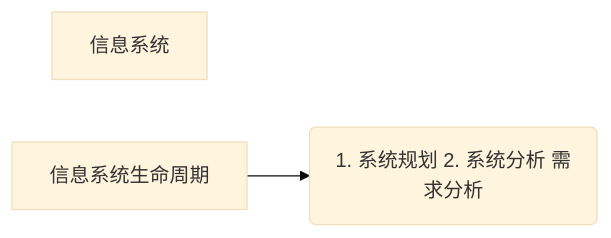
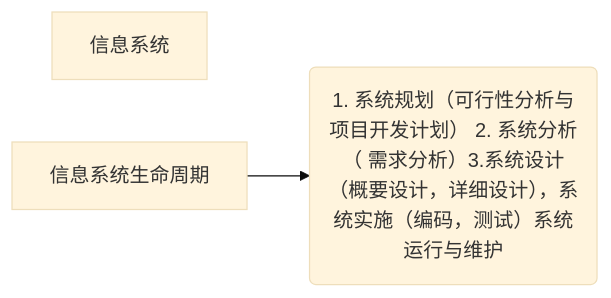
The first of 4 diagrams in 信息化发展.md (bigdataOrfrontEnd/ruankao.github.io), drawn with Mermaid (base theme) before and after one commit. The commit also changed other lines of this file, not shown here.

````diff
--- a/信息化发展.md
+++ b/信息化发展.md
@@ -41,8 +41,8 @@
 ```mermaid
 graph LR
 F[信息系统]
 A[信息系统生命周期] -->
-B(1. 系统规划 2. 系统分析 需求分析)
+B(1. 系统规划（可行性分析与项目开发计划） 2. 系统分析（ 需求分析）3.系统设计（概要设计，详细设计），系统实施（编码，测试）系统运行与维护)
 
 
 ```
````
